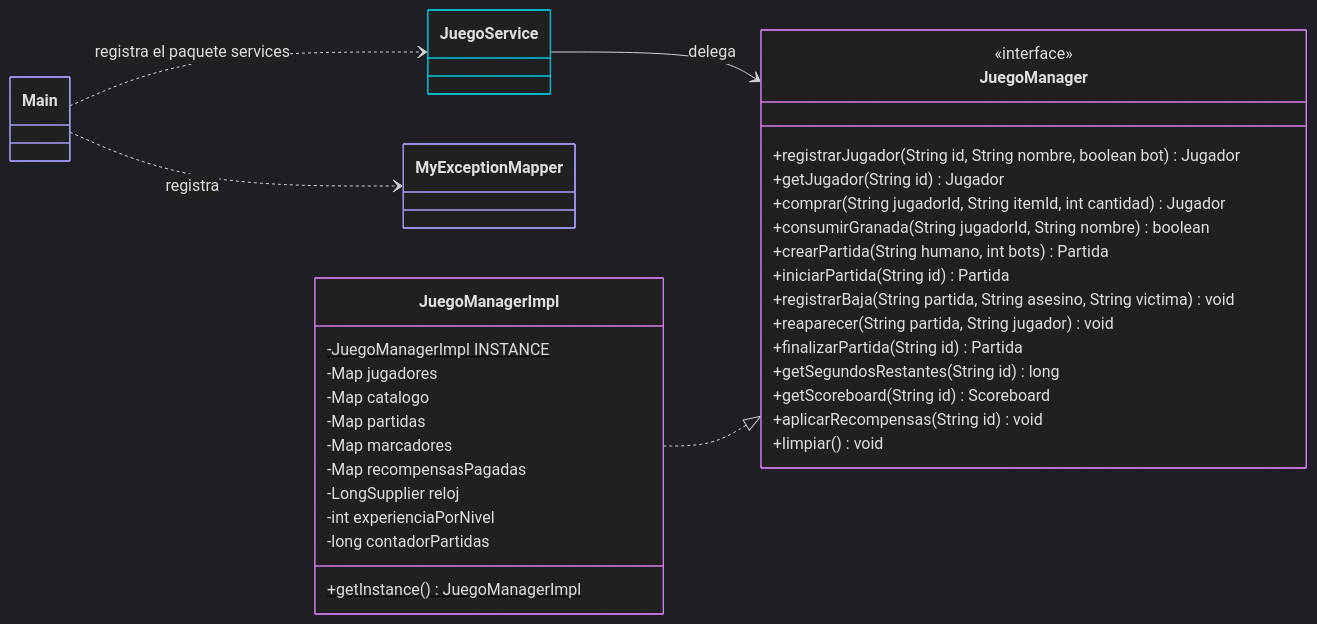
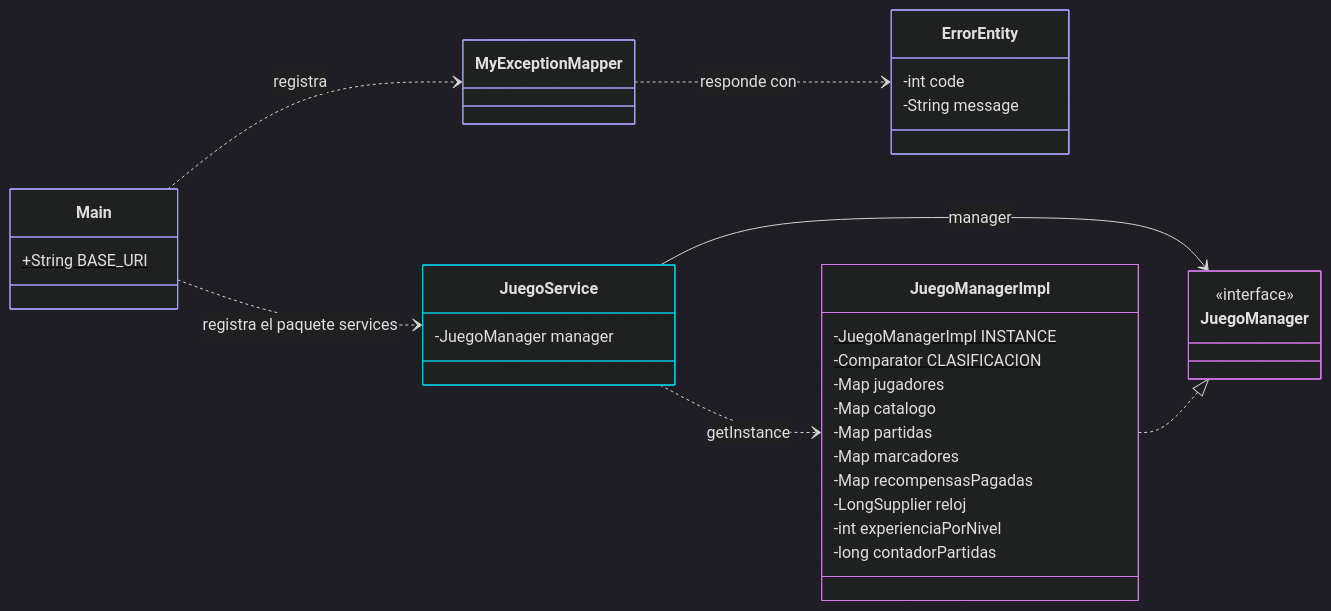
Before and after one commit to PolMC100/DSA-Proyecto: the first of 2 diagrams in docs/DIAGRAMAS_CLASES.md, drawn with Mermaid. The commit also changed other lines of this file, not shown here.

Commit message:
Update Diagramas de clases

````diff
--- a/docs/DIAGRAMAS_CLASES.md
+++ b/docs/DIAGRAMAS_CLASES.md
@@ -9,45 +10,43 @@
 ```mermaid
 %%{init: {"theme":"dark"}}%%
 classDiagram
     direction LR
-    class Main
-    class JuegoService
+    class Main {
+        +String BASE_URI$
+    }
+    class JuegoService {
+        -JuegoManager manager
+    }
     class MyExceptionMapper
+    class ErrorEntity {
+        -int code
+        -String message
+    }
     class JuegoManager {
         <<interface>>
-        +registrarJugador(String id, String nombre, boolean bot) Jugador
-        +getJugador(String id) Jugador
-        +comprar(String jugadorId, String itemId, int cantidad) Jugador
-        +consumirGranada(String jugadorId, String nombre) boolean
-        +crearPartida(String humano, int bots) Partida
-        +iniciarPartida(String id) Partida
-        +registrarBaja(String partida, String asesino, String victima) void
-        +reaparecer(String partida, String jugador) void
-        +finalizarPartida(String id) Partida
-        +getSegundosRestantes(String id) long
-        +getScoreboard(String id) Scoreboard
-        +aplicarRecompensas(String id) void
-        +limpiar() void
     }
     class JuegoManagerImpl {
         -JuegoManagerImpl INSTANCE$
+        -Comparator CLASIFICACION$
         -Map jugadores
         -Map catalogo
         -Map partidas
         -Map marcadores
         -Map recompensasPagadas
         -LongSupplier reloj
         -int experienciaPorNivel
         -long contadorPartidas
-        +getInstance() JuegoManagerImpl$
     }
     Main ..> JuegoService : registra el paquete services
     Main ..> MyExceptionMapper : registra
-    JuegoService --> JuegoManager : delega
+    MyExceptionMapper ..> ErrorEntity : responde con
+    JuegoService --> JuegoManager : manager
+    JuegoService ..> JuegoManagerImpl : getInstance
     JuegoManagerImpl ..|> JuegoManager
     style Main stroke:#a6a0ff
     style MyExceptionMapper stroke:#a6a0ff
+    style ErrorEntity stroke:#a6a0ff
     style JuegoService stroke:#00c9e5
     style JuegoManager stroke:#d779ed
     style JuegoManagerImpl stroke:#d779ed
 ```
````
